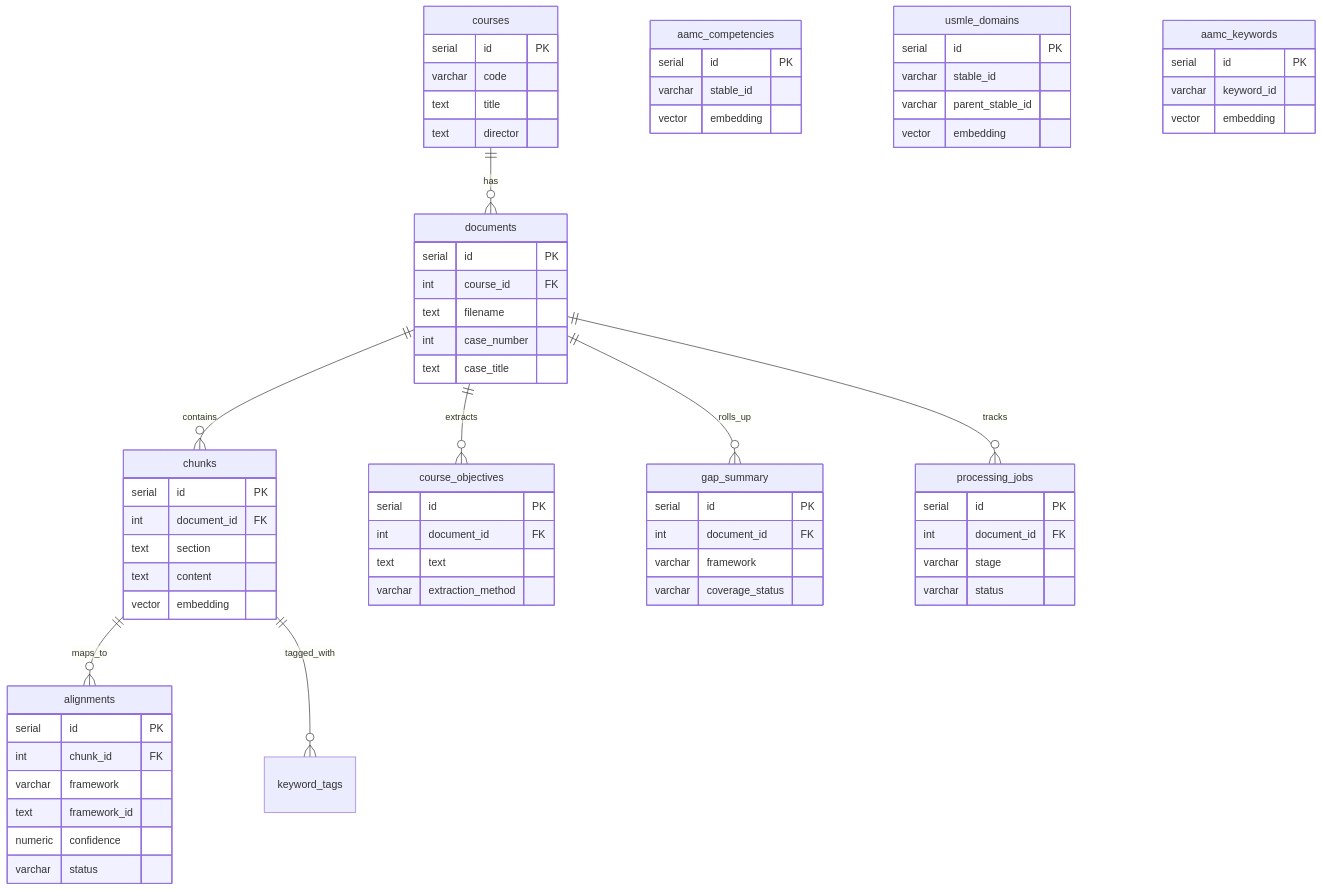
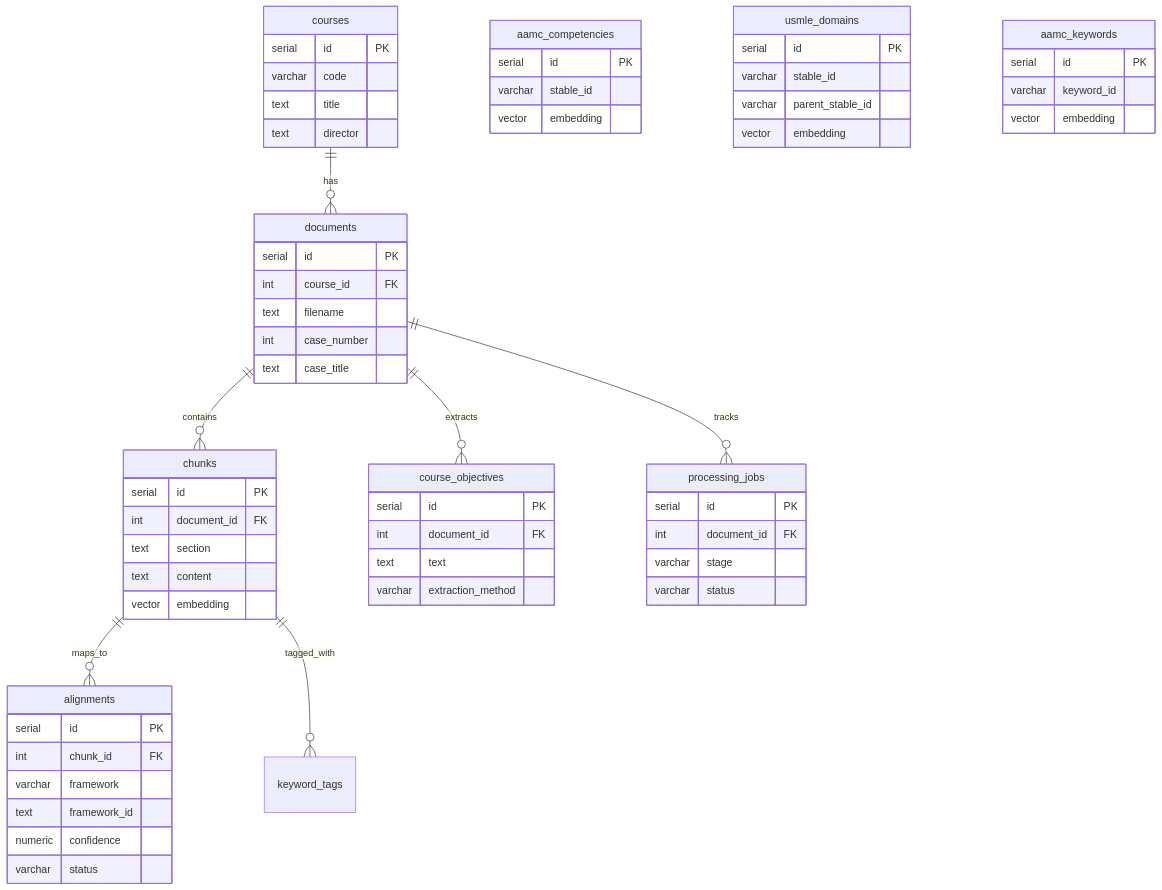
The diagram in docs/SCHEMA.md (sajor2000/rmcdemocur), drawn with Mermaid before and after one commit. The commit also changed other lines of this file and 15 other files, not shown here.

````diff
--- a/docs/SCHEMA.md
+++ b/docs/SCHEMA.md
@@ -11,82 +11,74 @@
 ```mermaid
 erDiagram
   courses ||--o{ documents : has
   documents ||--o{ chunks : contains
   documents ||--o{ course_objectives : extracts
-  documents ||--o{ gap_summary : rolls_up
   documents ||--o{ processing_jobs : tracks
   chunks ||--o{ alignments : maps_to
   chunks ||--o{ keyword_tags : tagged_with
 
   courses {
     serial id PK
     varchar code
     text title
     text director
   }
 
   documents {
     serial id PK
     int course_id FK
     text filename
     int case_number
     text case_title
   }
 
   chunks {
     serial id PK
     int document_id FK
     text section
     text content
     vector embedding
   }
 
   course_objectives {
     serial id PK
     int document_id FK
     text text
     varchar extraction_method
   }
 
   alignments {
     serial id PK
     int chunk_id FK
     varchar framework
     text framework_id
     numeric confidence
     varchar status
   }
 
-  gap_summary {
-    serial id PK
-    int document_id FK
-    varchar framework
-    varchar coverage_status
-  }
-
   aamc_competencies {
     serial id PK
     varchar stable_id
     vector embedding
   }
 
   usmle_domains {
     serial id PK
     varchar stable_id
     varchar parent_stable_id
     vector embedding
   }
 
   aamc_keywords {
     serial id PK
     varchar keyword_id
     vector embedding
   }
 
   processing_jobs {
     serial id PK
     int document_id FK
     varchar stage
     varchar status
   }
 ```
````
